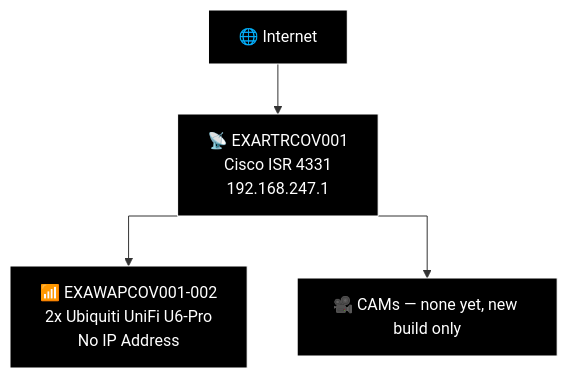
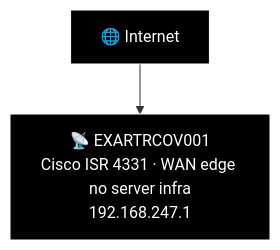
One commit to knightmare2600/example_music_infra changed diagram 25 of 27 in docs/network-diagram/england.md. Above: the diagram before and after it, drawn with Mermaid. The commit also changed other lines of this file and 8 other files, not shown here.

````diff
--- a/docs/network-diagram/england.md
+++ b/docs/network-diagram/england.md
@@ -1161,16 +1146,12 @@
 ```mermaid
+%% GENERATED:OLDNETWORK:COV:START
 %%{init: {'flowchart': {'curve': 'stepAfter'}}}%%
 graph TD
     O_INET["🌐 Internet"]
-    O_RTR["📡 EXARTRCOV001<br/>Cisco ISR 4331<br/>192.168.247.1"]
+    O_RTR["📡 EXARTRCOV001<br/>Cisco ISR 4331 · WAN edge no server infra<br/>192.168.247.1"]
     O_INET --> O_RTR
-    O_WAP["📶 EXAWAPCOV001-002<br/>2x Ubiquiti UniFi U6-Pro<br/>No IP Address"]
-    O_CAM["🎥 CAMs — none yet, new build only"]
-    O_RTR --> O_WAP
-    O_RTR --> O_CAM
 
     style O_INET fill:#000000,stroke:#FFFFFF,color:#FFFFFF
     style O_RTR fill:#000000,stroke:#FFFFFF,color:#FFFFFF
-    style O_WAP fill:#000000,stroke:#FFFFFF,color:#FFFFFF
-    style O_CAM fill:#000000,stroke:#FFFFFF,color:#FFFFFF
+%% GENERATED:OLDNETWORK:COV:END
 ```
````
